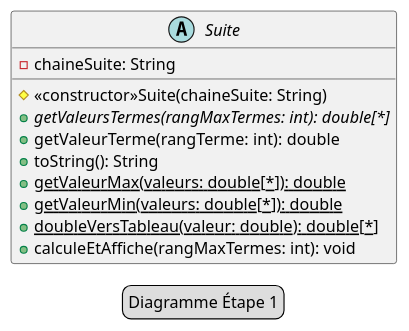
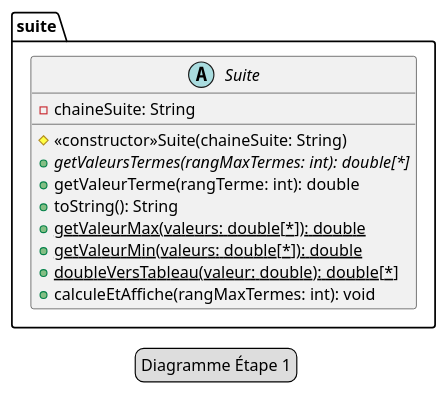
Before and after one commit to carlkolodziejski/sweet: the diagram in plantuml/etape_1_diagramme.puml, drawn with PlantUML. The commit also changed 1 other file, not shown here.

```diff
--- a/plantuml/etape_1_diagramme.puml
+++ b/plantuml/etape_1_diagramme.puml
@@ -1,17 +1,20 @@
 @startuml
 legend Diagramme Étape 1
 
-abstract class Suite {
-    -chaineSuite: String
+package suite {
 
-    #<<constructor>>Suite(chaineSuite: String)
-    +{abstract}getValeursTermes(rangMaxTermes: int): double[*]
-    +getValeurTerme(rangTerme: int): double
-    +toString(): String
-    +{static}getValeurMax(valeurs: double[*]): double
-    +{static}getValeurMin(valeurs: double[*]): double
-    +{static}doubleVersTableau(valeur: double): double[*]
-    +calculeEtAffiche(rangMaxTermes: int): void
+    abstract class Suite {
+        -chaineSuite: String
+
+        #<<constructor>>Suite(chaineSuite: String)
+        +{abstract}getValeursTermes(rangMaxTermes: int): double[*]
+        +getValeurTerme(rangTerme: int): double
+        +toString(): String
+        +{static}getValeurMax(valeurs: double[*]): double
+        +{static}getValeurMin(valeurs: double[*]): double
+        +{static}doubleVersTableau(valeur: double): double[*]
+        +calculeEtAffiche(rangMaxTermes: int): void
+    }
+
 }
-
 @enduml
```
